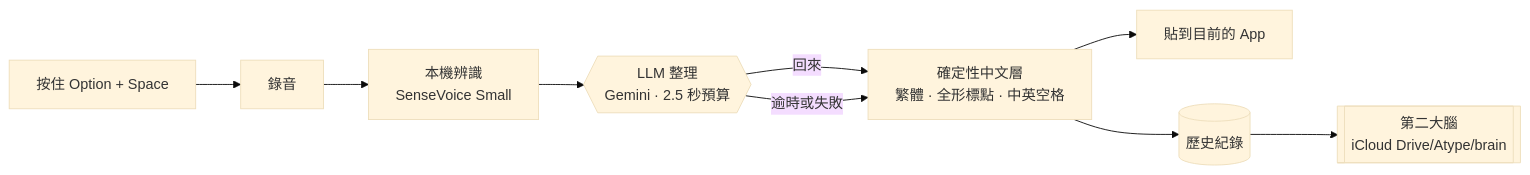
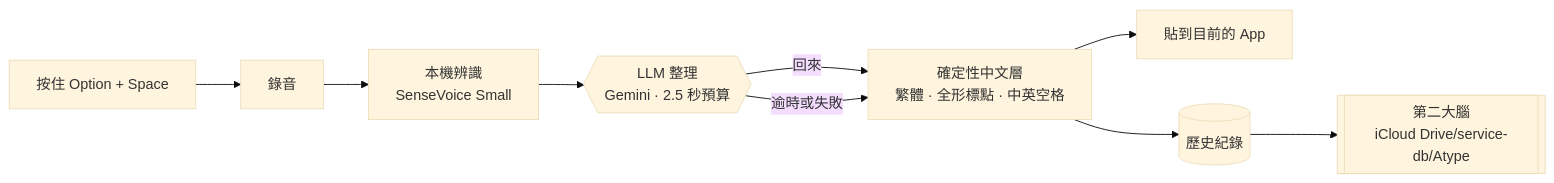
One commit to JohnKeng/Atype changed the diagram in README.md. Above: the diagram before and after it, drawn with Mermaid (base theme). The commit also changed other lines of this file and 24 other files, not shown here.

````diff
--- a/README.md
+++ b/README.md
@@ -24,11 +27,11 @@
 ```mermaid
 flowchart LR
   K[按住 Option + Space] --> R[錄音]
   R --> S[本機辨識<br/>SenseVoice Small]
   S --> L{{LLM 整理<br/>Gemini · 2.5 秒預算}}
   L -->|回來| Z[確定性中文層<br/>繁體 · 全形標點 · 中英空格]
   L -->|逾時或失敗| Z
   Z --> P[貼到目前的 App]
   Z --> H[(歷史紀錄)]
-  H --> B[[第二大腦<br/>iCloud Drive/Atype/brain]]
+  H --> B[[第二大腦<br/>iCloud Drive/service-db/Atype]]
 ```
````
